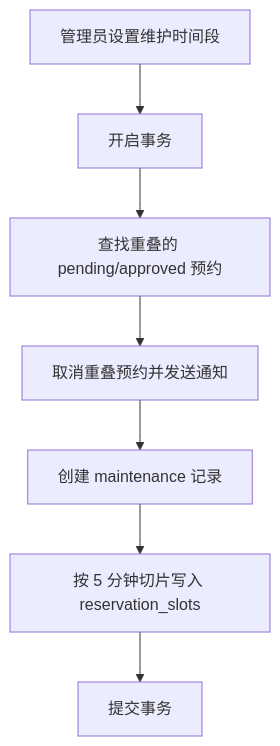
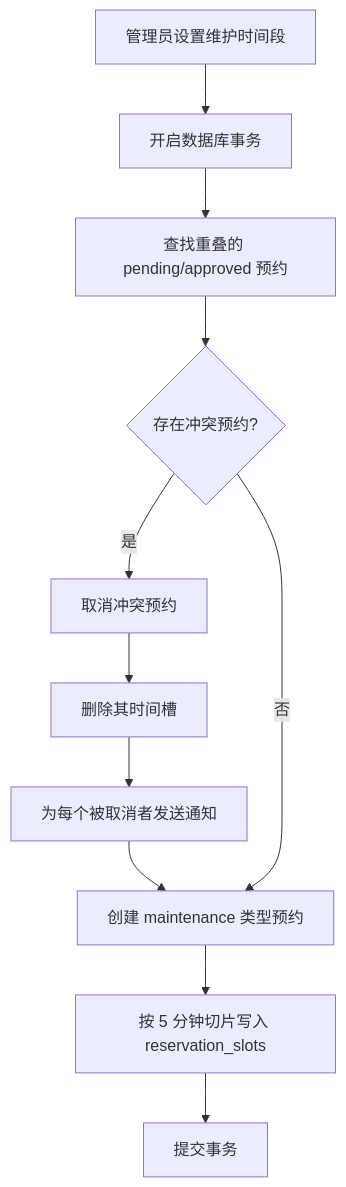
The fifth of 7 diagrams in PROJECT_REPORT.md (jeccj/planning_sysytem), drawn with Mermaid before and after one commit. The commit also changed other lines of this file, not shown here.

````diff
--- a/PROJECT_REPORT.md
+++ b/PROJECT_REPORT.md
@@ -93,9 +218,13 @@
 ```mermaid
 flowchart TD
-    A["管理员设置维护时间段"] --> B["开启事务"]
+    A["管理员设置维护时间段"] --> B["开启数据库事务"]
     B --> C["查找重叠的 pending/approved 预约"]
-    C --> D["取消重叠预约并发送通知"]
-    D --> E["创建 maintenance 记录"]
-    E --> F["按 5 分钟切片写入 reservation_slots"]
-    F --> G["提交事务"]
+    C --> D{"存在冲突预约?"}
+    D -- "是" --> E["取消冲突预约"]
+    E --> F["删除其时间槽"]
+    F --> G["为每个被取消者发送通知"]
+    G --> H["创建 maintenance 类型预约"]
+    D -- "否" --> H
+    H --> I["按 5 分钟切片写入 reservation_slots"]
+    I --> J["提交事务"]
 ```
````
